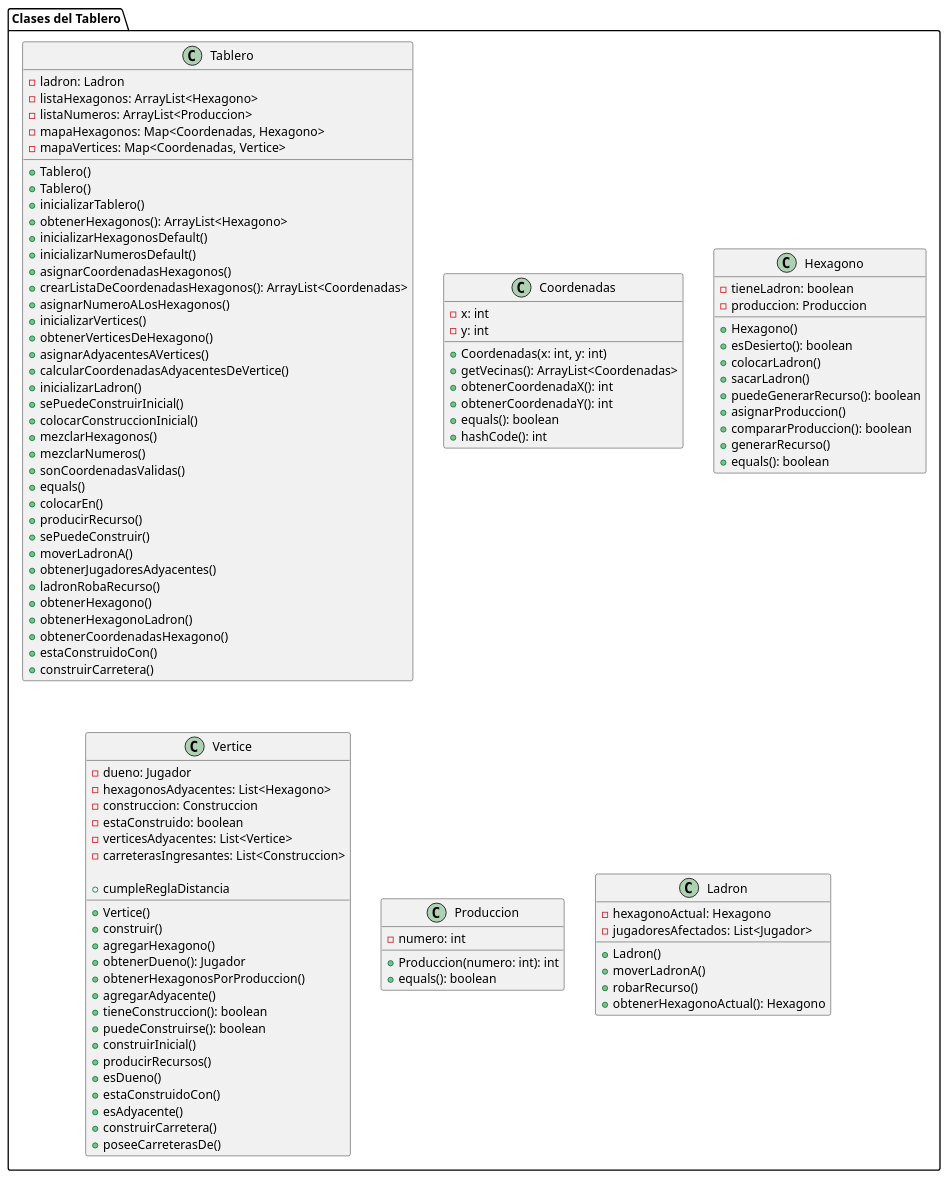
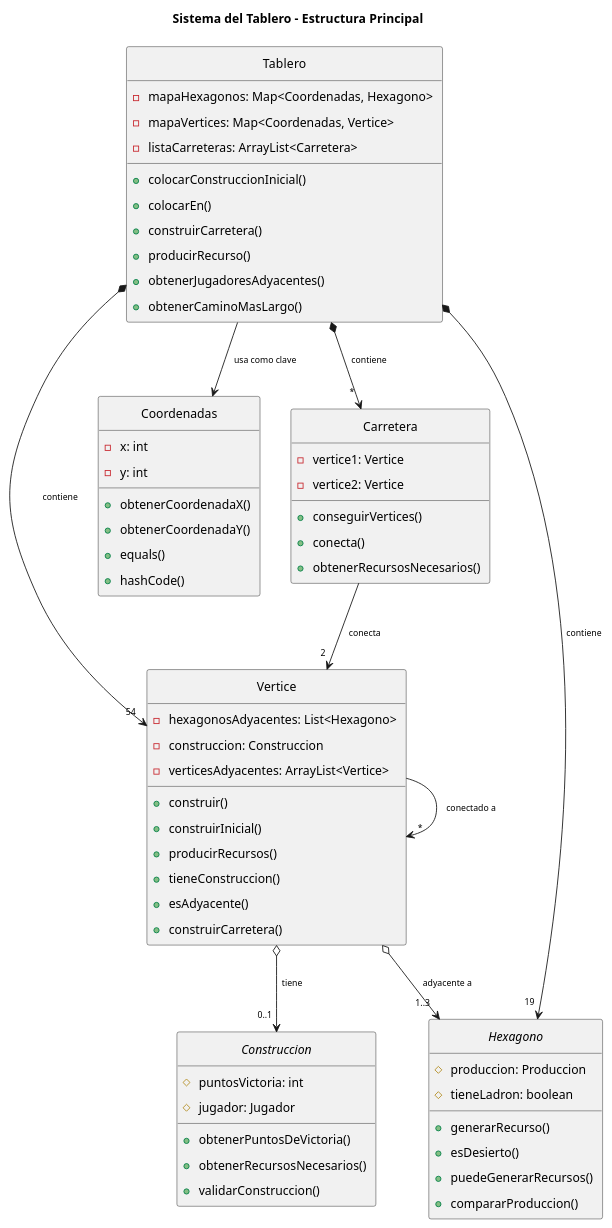
Before and after one commit to gonzamoran/TP_Paradigmas: the diagram in diagrams/classes/tablero.puml, drawn with PlantUML. The commit also changed 5 other files, not shown here.

Commit message:
diagramas p/informe

```diff
--- a/diagrams/classes/tablero.puml
+++ b/diagrams/classes/tablero.puml
@@ -1,117 +1,91 @@
-@startuml DiagramaTablero
+@startuml tablero-simple.puml
 
-package "Clases del Tablero" {
-    class Tablero {
-    - ladron: Ladron
-    - listaHexagonos: ArrayList<Hexagono>
-    - listaNumeros: ArrayList<Produccion>
-    - mapaHexagonos: Map<Coordenadas, Hexagono>
-    - mapaVertices: Map<Coordenadas, Vertice>
+title "Sistema del Tablero - Estructura Principal"
 
-    + Tablero()
-    + Tablero()
-    + inicializarTablero()
-    + obtenerHexagonos(): ArrayList<Hexagono>
-    + inicializarHexagonosDefault()
-    + inicializarNumerosDefault()
-    + asignarCoordenadasHexagonos()
-    + crearListaDeCoordenadasHexagonos(): ArrayList<Coordenadas>
-    + asignarNumeroALosHexagonos()
-    + inicializarVertices()
-    + obtenerVerticesDeHexagono()
-    + asignarAdyacentesAVertices()
-    + calcularCoordenadasAdyacentesDeVertice()
-    + inicializarLadron()
-    + sePuedeConstruirInicial()
-    + colocarConstruccionInicial()
-    + mezclarHexagonos()
-    + mezclarNumeros()
-    + sonCoordenadasValidas()
-    + equals()
-    + colocarEn()
-    + producirRecurso()
-    + sePuedeConstruir()
-    + moverLadronA()
-    + obtenerJugadoresAdyacentes()
-    + ladronRobaRecurso()
-    + obtenerHexagono()
-    + obtenerHexagonoLadron()
-    + obtenerCoordenadasHexagono()
-    + estaConstruidoCon()
-    + construirCarretera()
-    }    
+skinparam {
+  Padding 5
+  ClassFontSize 14
+  ArrowFontSize 10
+}
 
-    class Coordenadas {
-        - x: int
-        - y: int
+hide empty members
+hide circle
 
-        + Coordenadas(x: int, y: int)
-        + getVecinas(): ArrayList<Coordenadas>
-        + obtenerCoordenadaX(): int
-        + obtenerCoordenadaY(): int
-        + equals(): boolean
-        + hashCode(): int
-    }
+' CLASES PRINCIPALES DEL TABLERO
+class Tablero {
+  -mapaHexagonos: Map<Coordenadas, Hexagono>
+  -mapaVertices: Map<Coordenadas, Vertice>
+  -listaCarreteras: ArrayList<Carretera>
+  __
+  +colocarConstruccionInicial()
+  +colocarEn()
+  +construirCarretera()
+  +producirRecurso()
+  +obtenerJugadoresAdyacentes()
+  +obtenerCaminoMasLargo()
+}
 
-    class Hexagono {
-        - tieneLadron: boolean
-        - produccion: Produccion
+class Vertice {
+  -hexagonosAdyacentes: List<Hexagono>
+  -construccion: Construccion
+  -verticesAdyacentes: ArrayList<Vertice>
+  __
+  +construir()
+  +construirInicial()
+  +producirRecursos()
+  +tieneConstruccion()
+  +esAdyacente()
+  +construirCarretera()
+}
 
-        + Hexagono()
-        + esDesierto(): boolean
-        + colocarLadron()
-        + sacarLadron()
-        + puedeGenerarRecurso(): boolean
-        + asignarProduccion()
-        + compararProduccion(): boolean
-        + generarRecurso()
-        + equals(): boolean
-    }
+class Coordenadas {
+  -x: int
+  -y: int
+  __
+  +obtenerCoordenadaX()
+  +obtenerCoordenadaY()
+  +equals()
+  +hashCode()
+}
 
-    class Vertice{
-        - dueno: Jugador
-        - hexagonosAdyacentes: List<Hexagono>
-        - construccion: Construccion
-        - estaConstruido: boolean
-        - verticesAdyacentes: List<Vertice>
-        - carreterasIngresantes: List<Construccion>
+abstract class Hexagono {
+  #produccion: Produccion
+  #tieneLadron: boolean
+  __
+  +generarRecurso()
+  +esDesierto()
+  +puedeGenerarRecursos()
+  +compararProduccion()
+}
 
-        + Vertice()
-        + construir()
-        + agregarHexagono()
-        + obtenerDueno(): Jugador
-        + obtenerHexagonosPorProduccion()
-        + agregarAdyacente()
-        + tieneConstruccion(): boolean
-        + puedeConstruirse(): boolean
-        + cumpleReglaDistancia
-        + construirInicial()
-        + producirRecursos()
-        + esDueno()
-        + estaConstruidoCon()
-        + esAdyacente()
-        + construirCarretera()
-        + poseeCarreterasDe()
-    }
+abstract class Construccion {
+  #puntosVictoria: int
+  #jugador: Jugador
+  __
+  +obtenerPuntosDeVictoria()
+  +obtenerRecursosNecesarios()
+  +validarConstruccion()
+}
 
-    class Produccion {
-        - numero: int
+class Carretera {
+  -vertice1: Vertice
+  -vertice2: Vertice
+  __
+  +conseguirVertices()
+  +conecta()
+  +obtenerRecursosNecesarios()
+}
 
-        + Produccion(numero: int): int
-        + equals(): boolean
-    }
+' RELACIONES PRINCIPALES
+Tablero *--> "19" Hexagono : contiene
+Tablero *--> "54" Vertice : contiene
+Tablero *--> "*" Carretera : contiene
 
-    class Ladron {
-        - hexagonoActual: Hexagono
-        - jugadoresAfectados: List<Jugador>
+Tablero --> Coordenadas : usa como clave
+Vertice o--> "1..3" Hexagono : adyacente a
+Vertice o--> "0..1" Construccion : tiene
+Vertice --> "*" Vertice : conectado a
 
-        + Ladron()
-        + moverLadronA()
-        + robarRecurso()
-        + obtenerHexagonoActual(): Hexagono
-    }
-}   
-
-
+Carretera --> "2" Vertice : conecta
 
 @enduml
```
